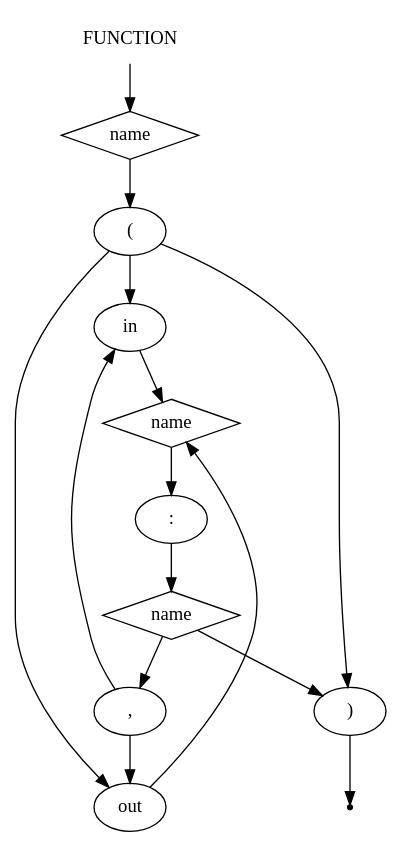
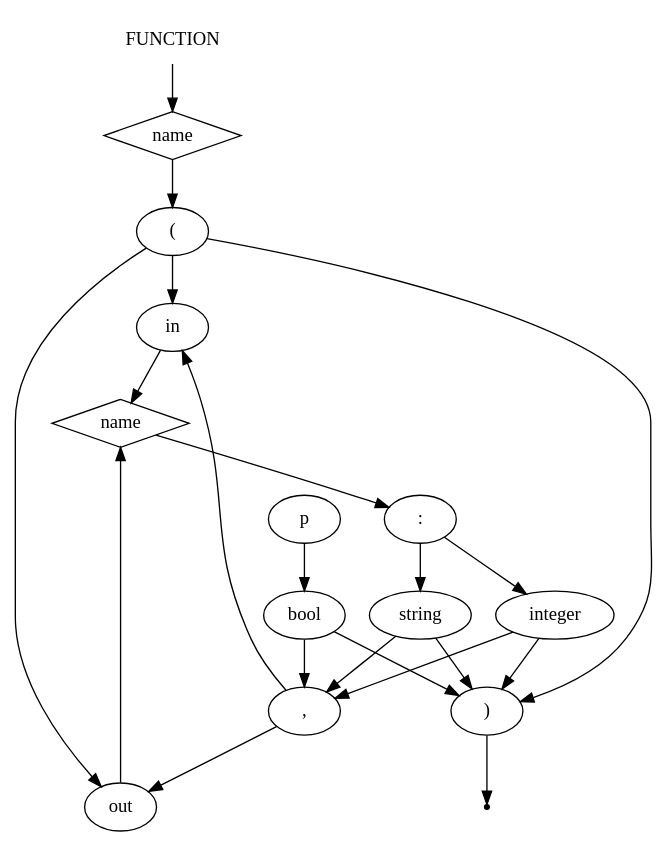
Before and after one commit to Samirox66/ciao: the diagram in ciao_gv/function.gv, drawn with Graphviz. The commit also changed 8 other files, not shown here.

```diff
--- a/ciao_gv/function.gv
+++ b/ciao_gv/function.gv
@@ -1,31 +1,39 @@
 digraph FUNCTION {
     start [label=FUNCTION shape=plaintext]
     A [label=name shape=diamond]
     B [label="(" shape=oval]
     I [label="in" shape=oval]
     O [label="out" shape=oval]
     C [label=name shape=diamond]
     P [label=":" shape=oval]
-    L [label=name shape=diamond]
+    L [label="integer" shape=oval]
+    M [label="string" shape=oval]
+    N [label="bool" shape=oval]
     D [label="," shape=oval]
     E [label=")" shape=oval]
     end [label="" shape=point]
     start -> A
     A -> B
     B -> I
     B -> O
     B -> E
 
     I -> C
     O -> C
 
     C -> P
     P -> L
+    P -> M
+    p -> N
 
     L -> D
     L -> E
+    M -> D
+    M -> E
+    N -> D
+    N -> E
     D -> I 
     D -> O
 
     E -> end
 }
```
